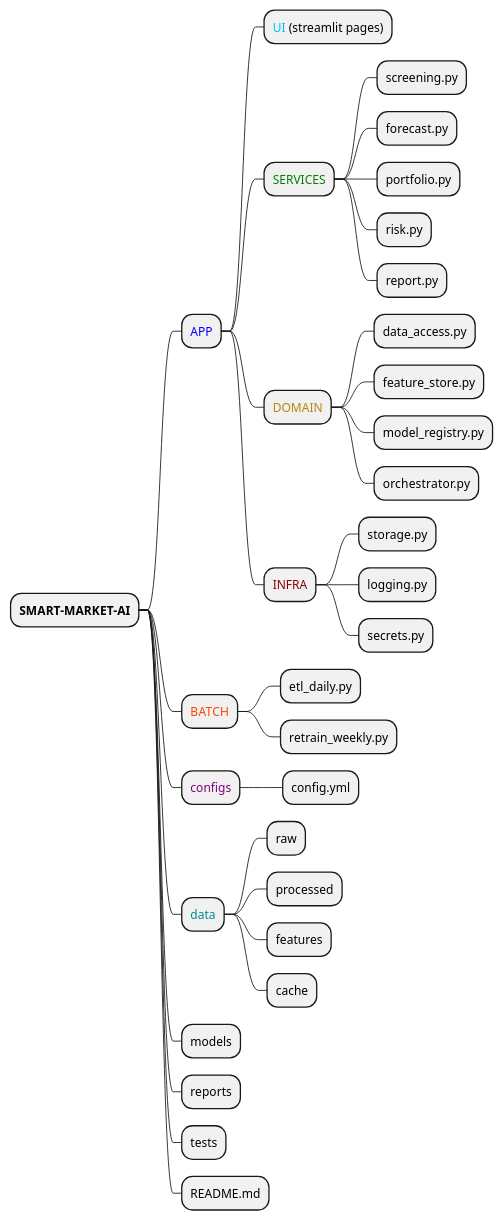
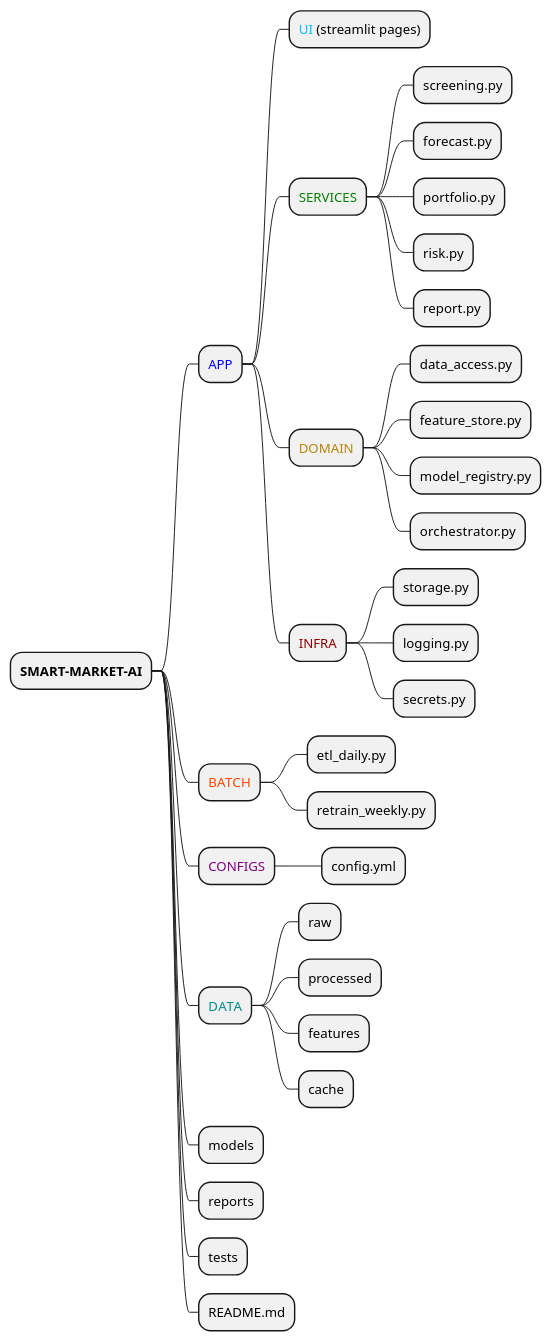
The third of 3 diagrams in Documents/02.System_design.md (yuki-godzilla/Smart_Market_AI), drawn with PlantUML before and after one commit.

Commit message:
little improvement

````diff
--- a/Documents/02.System_design.md
+++ b/Documents/02.System_design.md
@@ -276,37 +276,37 @@
 ```plantuml
 @startmindmap
 * <b><color:Black>SMART-MARKET-AI</color></b>
 ** <color:Blue>APP</color>
 *** <color:DeepSkyBlue>UI</color> (streamlit pages)
 *** <color:Green>SERVICES</color>
 **** screening.py
 **** forecast.py
 **** portfolio.py
 **** risk.py
 **** report.py
 *** <color:DarkGoldenRod>DOMAIN</color>
 **** data_access.py
 **** feature_store.py
 **** model_registry.py
 **** orchestrator.py
 *** <color:DarkRed>INFRA</color>
 **** storage.py
 **** logging.py
 **** secrets.py
 ** <color:OrangeRed>BATCH</color>
 *** etl_daily.py
 *** retrain_weekly.py
-** <color:Purple>configs</color>
+** <color:Purple>CONFIGS</color>
 *** config.yml
-** <color:DarkCyan>data</color>
+** <color:DarkCyan>DATA</color>
 *** raw
 *** processed
 *** features
 *** cache
 ** models
 ** reports
 ** tests
 ** README.md
-scale 500 width
+scale 550 width
 @endmindmap
 ```
````
